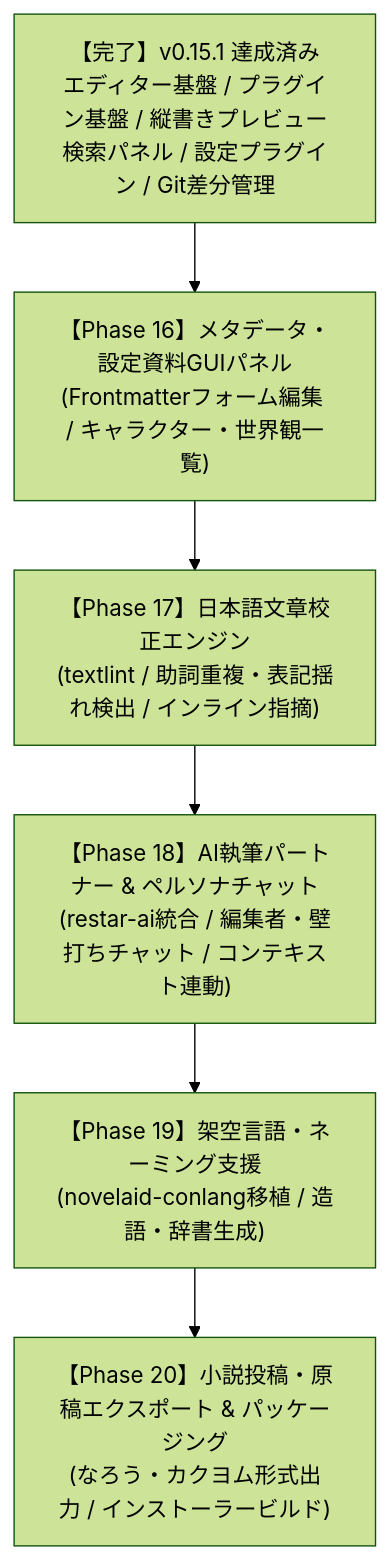
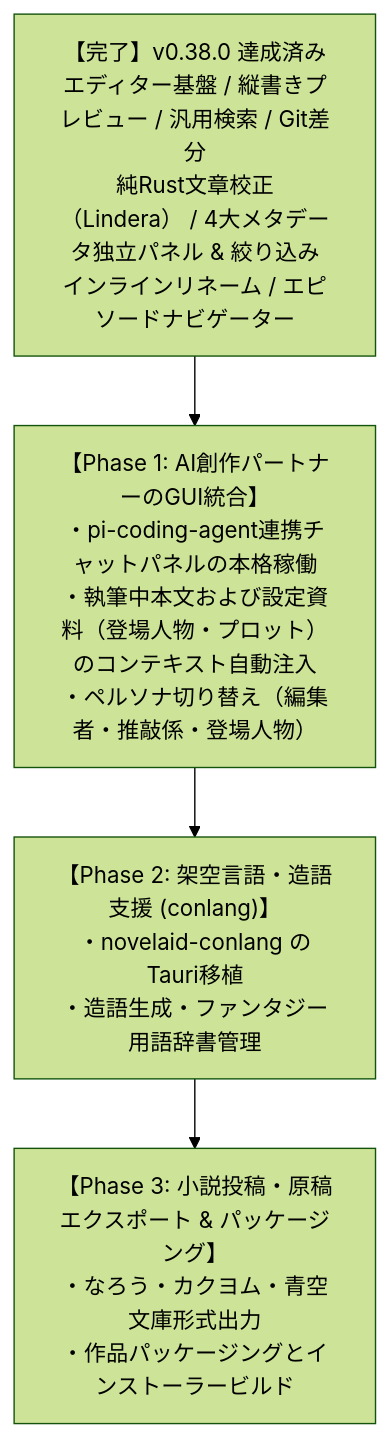
The diagram in docs/dev/機能実装状況および開発ロードマップ見直し.md (mituha/novelaide), drawn with Mermaid (forest theme) before and after one commit. The commit also changed other lines of this file and 2 other files, not shown here.

````diff
--- a/docs/dev/機能実装状況および開発ロードマップ見直し.md
+++ b/docs/dev/機能実装状況および開発ロードマップ見直し.md
@@ -83,16 +75,12 @@
 ```mermaid
 flowchart TD
-    Current["【完了】v0.15.1 達成済み\nエディター基盤 / プラグイン基盤 / 縦書きプレビュー\n検索パネル / 設定プラグイン / Git差分管理"]
+    Current["【完了】v0.38.0 達成済み\nエディター基盤 / 縦書きプレビュー / 汎用検索 / Git差分\n純Rust文章校正（Lindera） / 4大メタデータ独立パネル & 絞り込み\nインラインリネーム / エピソードナビゲーター"]
     
-    Phase16["【Phase 16】メタデータ・設定資料GUIパネル\n(Frontmatterフォーム編集 / キャラクター・世界観一覧)"]
-    Phase17["【Phase 17】日本語文章校正エンジン\n(textlint / 助詞重複・表記揺れ検出 / インライン指摘)"]
-    Phase18["【Phase 18】AI執筆パートナー & ペルソナチャット\n(restar-ai統合 / 編集者・壁打ちチャット / コンテキスト連動)"]
-    Phase19["【Phase 19】架空言語・ネーミング支援\n(novelaid-conlang移植 / 造語・辞書生成)"]
-    Phase20["【Phase 20】小説投稿・原稿エクスポート & パッケージング\n(なろう・カクヨム形式出力 / インストーラービルド)"]
+    PhaseAI["【Phase 1: AI創作パートナーのGUI統合】\n・pi-coding-agent連携チャットパネルの本格稼働\n・執筆中本文および設定資料（登場人物・プロット）のコンテキスト自動注入\n・ペルソナ切り替え（編集者・推敲係・登場人物）"]
+    PhaseConlang["【Phase 2: 架空言語・造語支援 (conlang)】\n・novelaid-conlang のTauri移植\n・造語生成・ファンタジー用語辞書管理"]
+    PhaseExport["【Phase 3: 小説投稿・原稿エクスポート & パッケージング】\n・なろう・カクヨム・青空文庫形式出力\n・作品パッケージングとインストーラービルド"]
 
-    Current --> Phase16
-    Phase16 --> Phase17
-    Phase17 --> Phase18
-    Phase18 --> Phase19
-    Phase19 --> Phase20
+    Current --> PhaseAI
+    PhaseAI --> PhaseConlang
+    PhaseConlang --> PhaseExport
 ```
````
